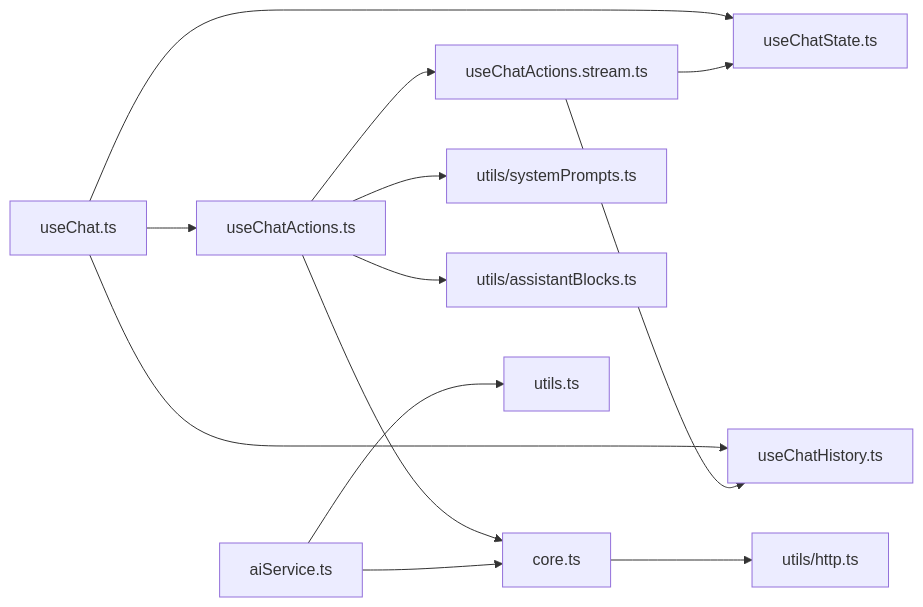
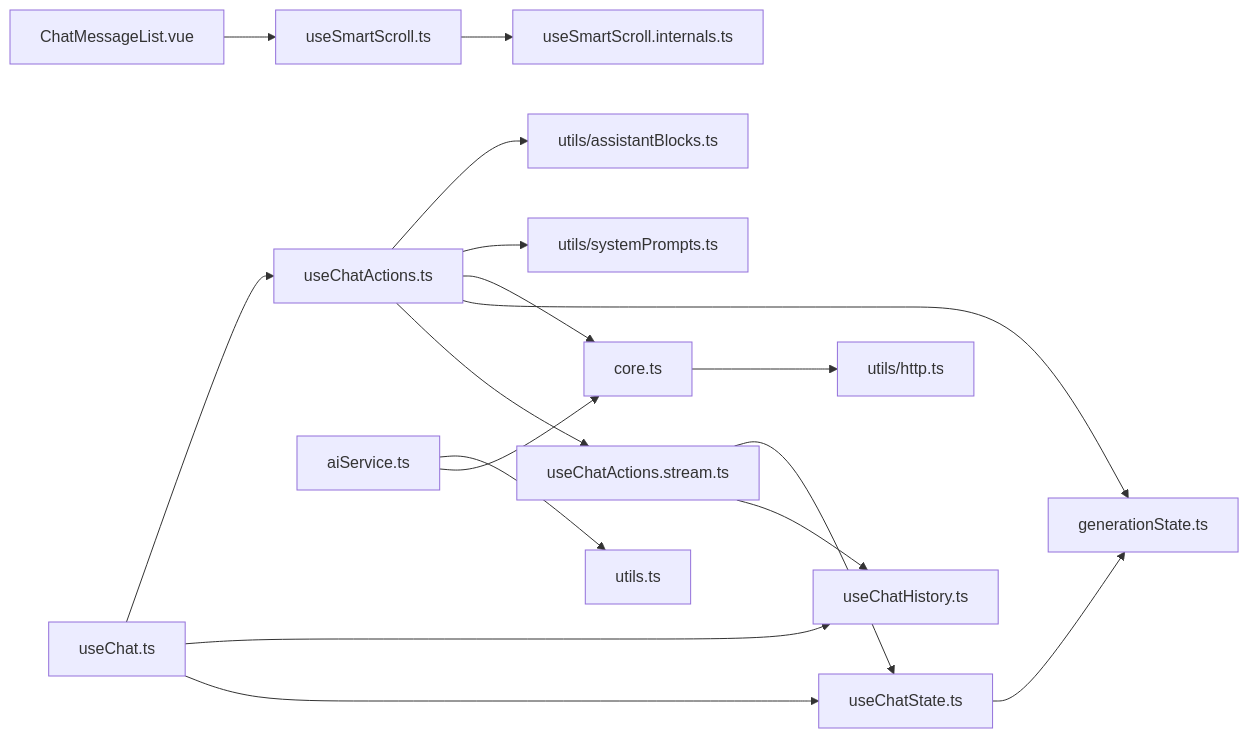
One commit to xixixiaoyu/Todo changed the seventh of 7 diagrams in .qoder/repowiki/zh/content/核心模块/AI助手系统/对话管理.md. Above: the diagram before and after it, drawn with Mermaid. The commit also changed other lines of this file and 6 other files, not shown here.

````diff
--- a/.qoder/repowiki/zh/content/核心模块/AI助手系统/对话管理.md
+++ b/.qoder/repowiki/zh/content/核心模块/AI助手系统/对话管理.md
@@ -359,15 +437,19 @@
 ```mermaid
 graph LR
 UC["useChat.ts"] --> UCS["useChatState.ts"]
 UC --> UCH["useChatHistory.ts"]
 UC --> UCA["useChatActions.ts"]
 UCA --> UCAS["useChatActions.stream.ts"]
+UCA --> GEN["generationState.ts"]
+UCS --> GEN
+UCAS --> UCH
+UCAS --> UCS
+CHATLIST["ChatMessageList.vue"] --> SMART["useSmartScroll.ts"]
+SMART --> SMARTI["useSmartScroll.internals.ts"]
 UCA --> CORE["core.ts"]
 UCA --> SYSU["utils/systemPrompts.ts"]
 UCA --> ABU["utils/assistantBlocks.ts"]
-UCAS --> UCH
-UCAS --> UCS
 CORE --> HTTPU["utils/http.ts"]
 AISI["aiService.ts"] --> CORE
 AISI --> UTILS["utils.ts"]
 ```
````
